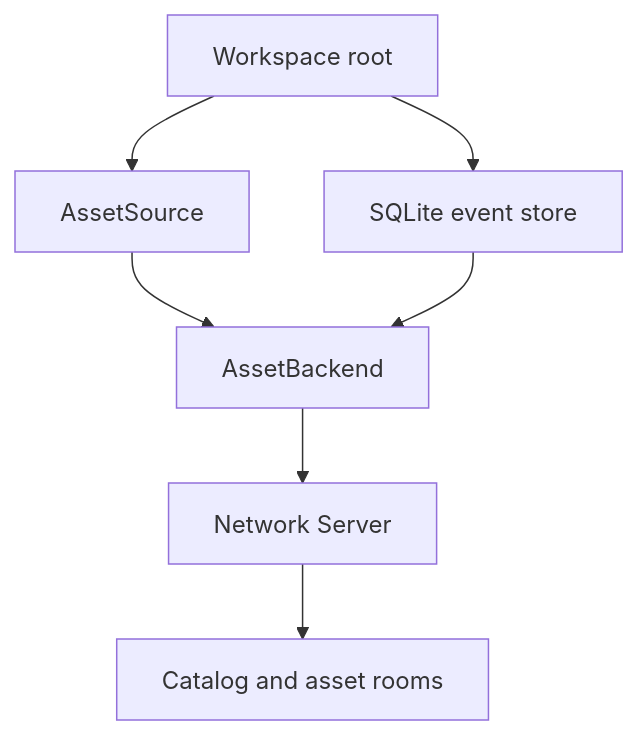
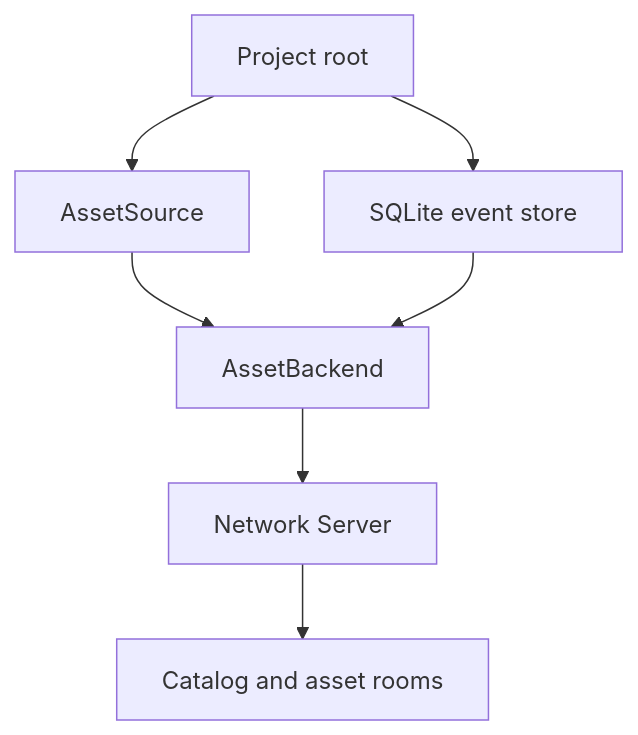
Before and after one commit to JollyPixel/editor: the diagram in packages/asset-server/architecture/Startup.md, drawn with Mermaid. The commit also changed other lines of this file and 174 other files, not shown here.

````diff
--- a/packages/asset-server/architecture/Startup.md
+++ b/packages/asset-server/architecture/Startup.md
@@ -8,9 +8,9 @@
 ```mermaid
 flowchart TB
-    Root["Workspace root"] --> Source["AssetSource"]
+    Root["Project root"] --> Source["AssetSource"]
     Root --> Log["SQLite event store"]
     Source --> Backend["AssetBackend"]
     Log --> Backend
     Backend --> Server["Network Server"]
     Server --> Rooms["Catalog and asset rooms"]
 ```
````
